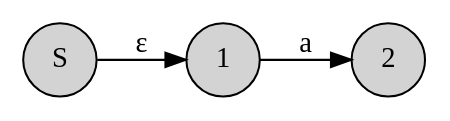
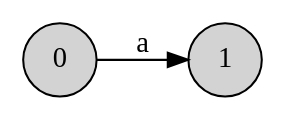
One commit to illusory0x0/containers.mbt changed the diagram in automaton/__snapshot__/nfa_symbol_normal.dot. Above: the diagram before and after it, drawn with Graphviz. The commit also changed 15 other files, not shown here.

```diff
--- a/automaton/__snapshot__/nfa_symbol_normal.dot
+++ b/automaton/__snapshot__/nfa_symbol_normal.dot
@@ -1,10 +1,8 @@
 
 digraph {
 rankdir=LR;
 node [shape = circle; style = filled;];
-0->1[label="ε"];
-1->2[label="a"];
+0->1[label="a"];
+0 [label="0";]
 1 [label="1";]
-2 [label="2";]
-0 [label="S";]
 }
```
